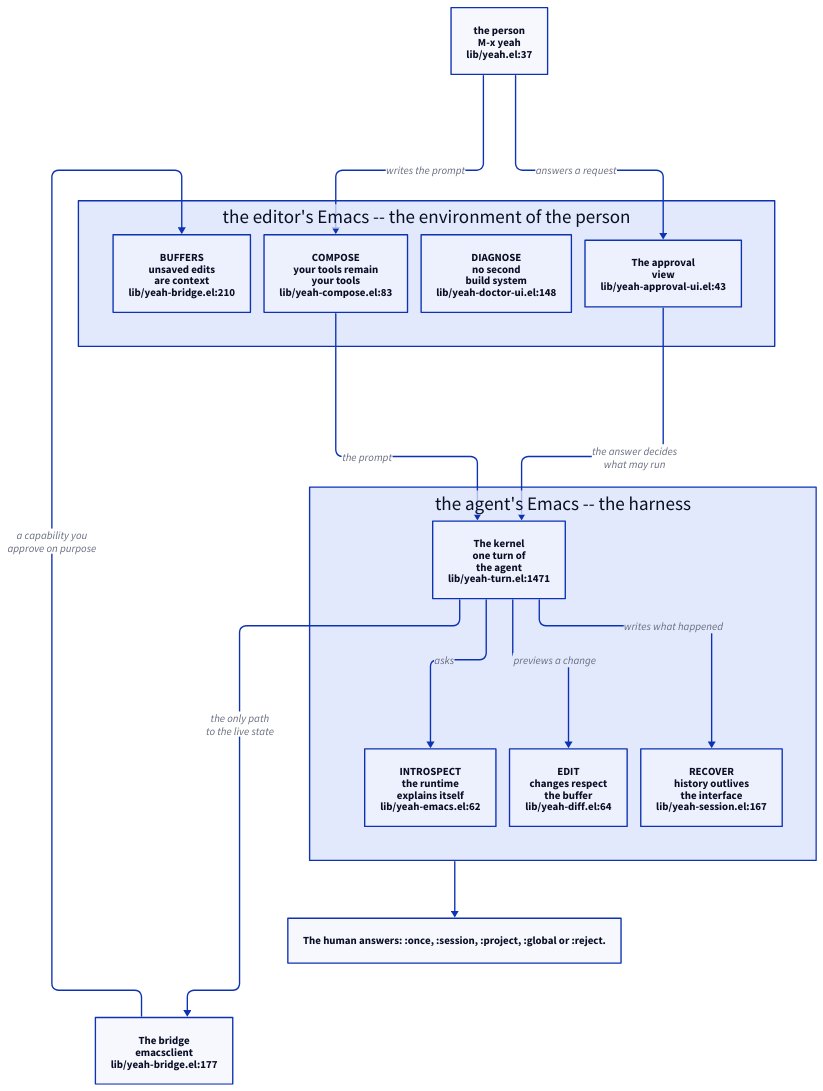
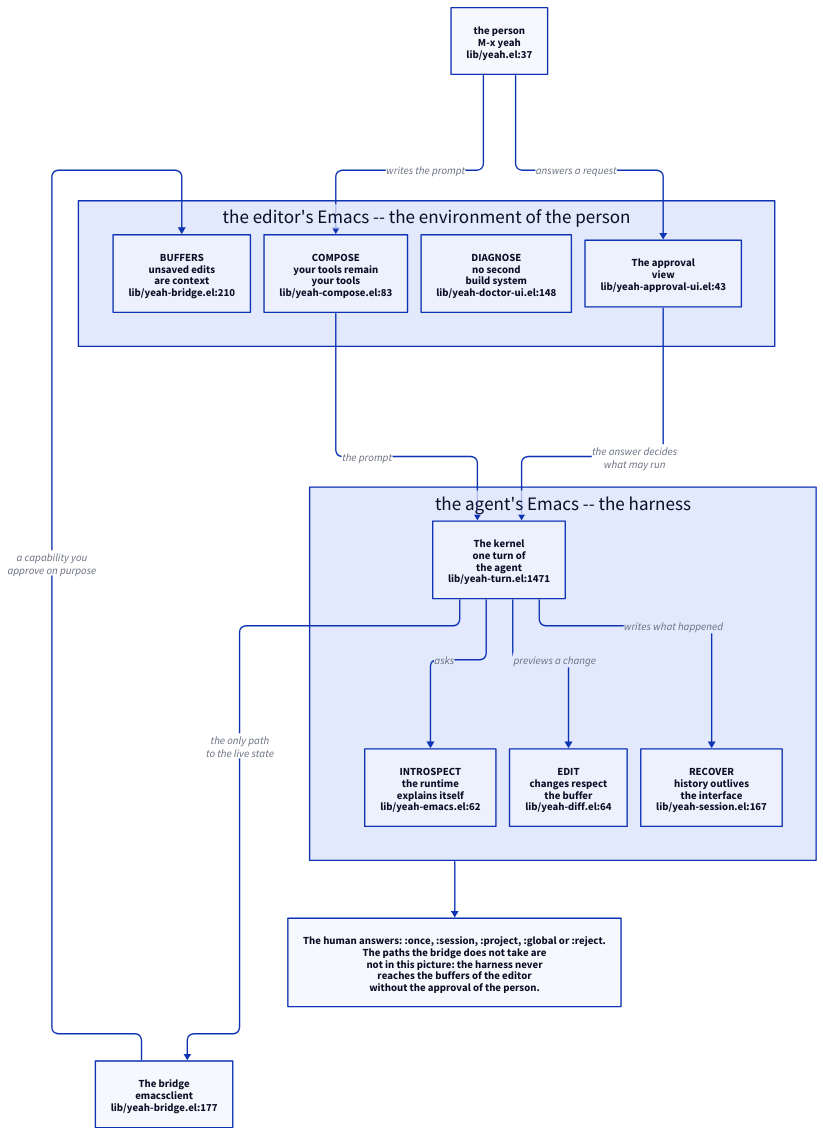
One commit to 11111000000/yeah changed the diagram in site/diagrams/emacs-layer.d2. Above: the diagram before and after it, drawn with D2. The commit also changed 36 other files, not shown here.

```diff
--- a/site/diagrams/emacs-layer.d2
+++ b/site/diagrams/emacs-layer.d2
@@ -1,93 +1,93 @@
 # The Emacs layer of Yeah: the person, the editor's Emacs, the agent's Emacs
 # and the bridge between them.
 #
 # The editor's Emacs is the environment of the person: their packages, their
 # configuration, their buffers.  The agent's Emacs is the harness: the kernel
 # of the agent runs there.  The bridge is the only path from the harness to
 # the live state of the editor's Emacs, and it is a capability the person
 # approves on purpose -- not a scraping of files and process output.
 #
 # The wire of the placement carries the prompt and the answer of the person;
 # the bridge carries the other way, from the harness to the live state.
 #
 # The six capabilities of the layer are the six points of the section of the
 # site that this picture belongs to: BUFFERS, INTROSPECT, EDIT, DIAGNOSE,
 # COMPOSE and RECOVER.  DIAGNOSE has two halves: the doctor the person runs
 # in the editor and the diagnostics the agent calls in the harness.
 #
 # Every block names the file that implements it, as `file:line'.
 
 direction: down
 
 # The engine of this one picture is elk: its layout stacks the editor's
 # leaves and the harness's leaves into columns that fit the column of the
 # page, and dagre spreads them into rows that the page would scale down
 # until the words of the picture are smaller than the words of the page.
 vars: {
   d2-config: {
     layout-engine: elk
   }
 }
 
 person: "the person\nM-x yeah\nlib/yeah.el:37"
 
 editor: "the editor's Emacs -- the environment of the person" {
   buffers: "BUFFERS\nunsaved edits\nare context\nlib/yeah-bridge.el:210"
   compose: "COMPOSE\nyour tools remain\nyour tools\nlib/yeah-compose.el:83"
   diagnose: "DIAGNOSE\nno second\nbuild system\nlib/yeah-doctor-ui.el:148"
   approval: "The approval\nview\nlib/yeah-approval-ui.el:43"
 }
 
 harness: "the agent's Emacs -- the harness" {
   kernel: "The kernel\none turn of\nthe agent\nlib/yeah-turn.el:1471"
   introspect: "INTROSPECT\nthe runtime\nexplains itself\nlib/yeah-emacs.el:62"
   edit: "EDIT\nchanges respect\nthe buffer\nlib/yeah-diff.el:64"
   recover: "RECOVER\nhistory outlives\nthe interface\nlib/yeah-session.el:167"
 }
 
 bridge: "The bridge\nemacsclient\nlib/yeah-bridge.el:177" {
   class: subject
 }
 
 person -> editor.compose: {
-  class: flow
+  class: request
   label: "writes the prompt"
 }
 editor.compose -> harness.kernel: {
-  class: flow
+  class: request
   label: "the prompt"
 }
 person -> editor.approval: {
-  class: flow
+  class: answer
   label: "answers a request"
 }
 editor.approval -> harness.kernel: {
-  class: flow
+  class: answer
   label: "the answer decides\nwhat may run"
 }
 harness.kernel -> bridge: {
-  class: flow
+  class: capability
   label: "the only path\nto the live state"
 }
 bridge -> editor.buffers: {
   class: capability
   label: "a capability you\napprove on purpose"
 }
 harness.kernel -> harness.introspect: {
   class: flow
   label: "asks"
 }
 harness.kernel -> harness.edit: {
   class: flow
   label: "previews a change"
 }
 harness.kernel -> harness.recover: {
-  class: flow
+  class: write
   label: "writes what happened"
 }
 
-note: "The human answers: :once, :session, :project, :global or :reject."
+note: "The human answers: :once, :session, :project, :global or :reject.\nThe paths the bridge does not take are\nnot in this picture: the harness never\nreaches the buffers of the editor\nwithout the approval of the person."
 
 harness -> note: {
   class: hidden
 }
```
